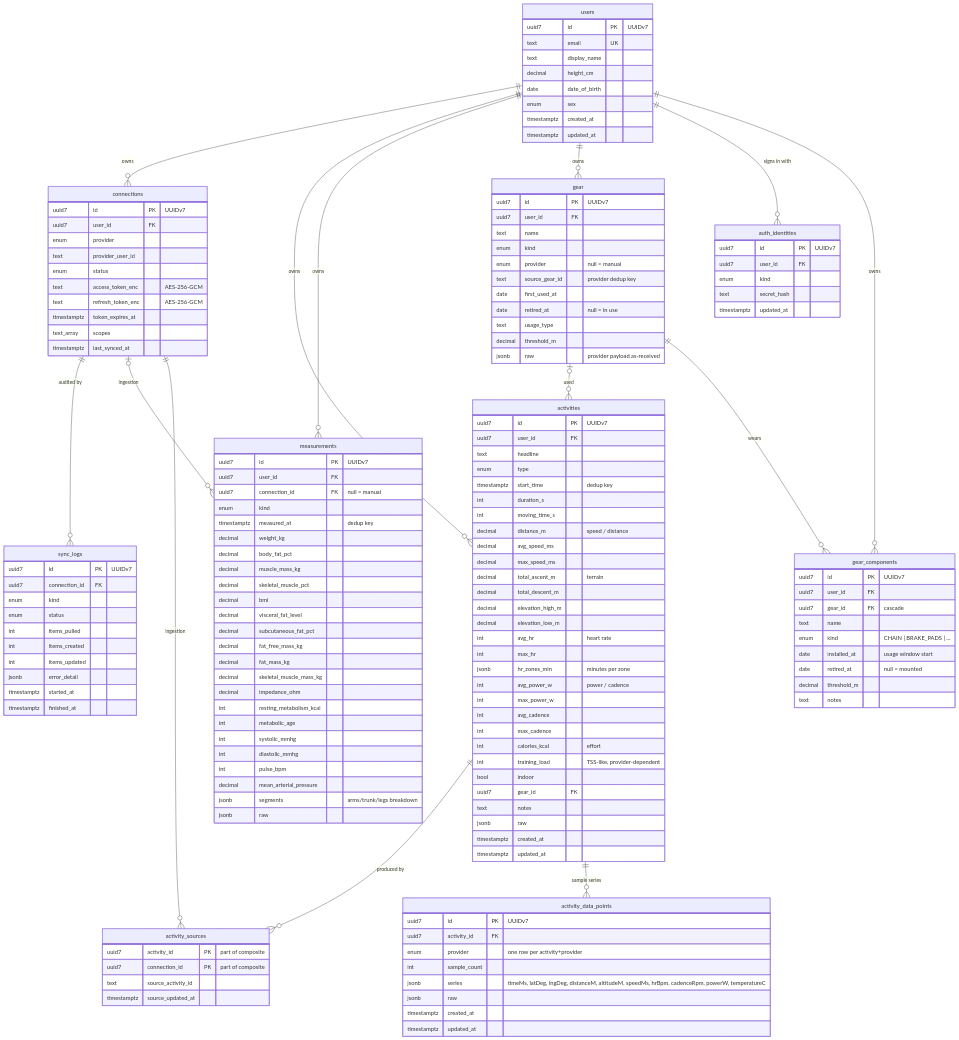
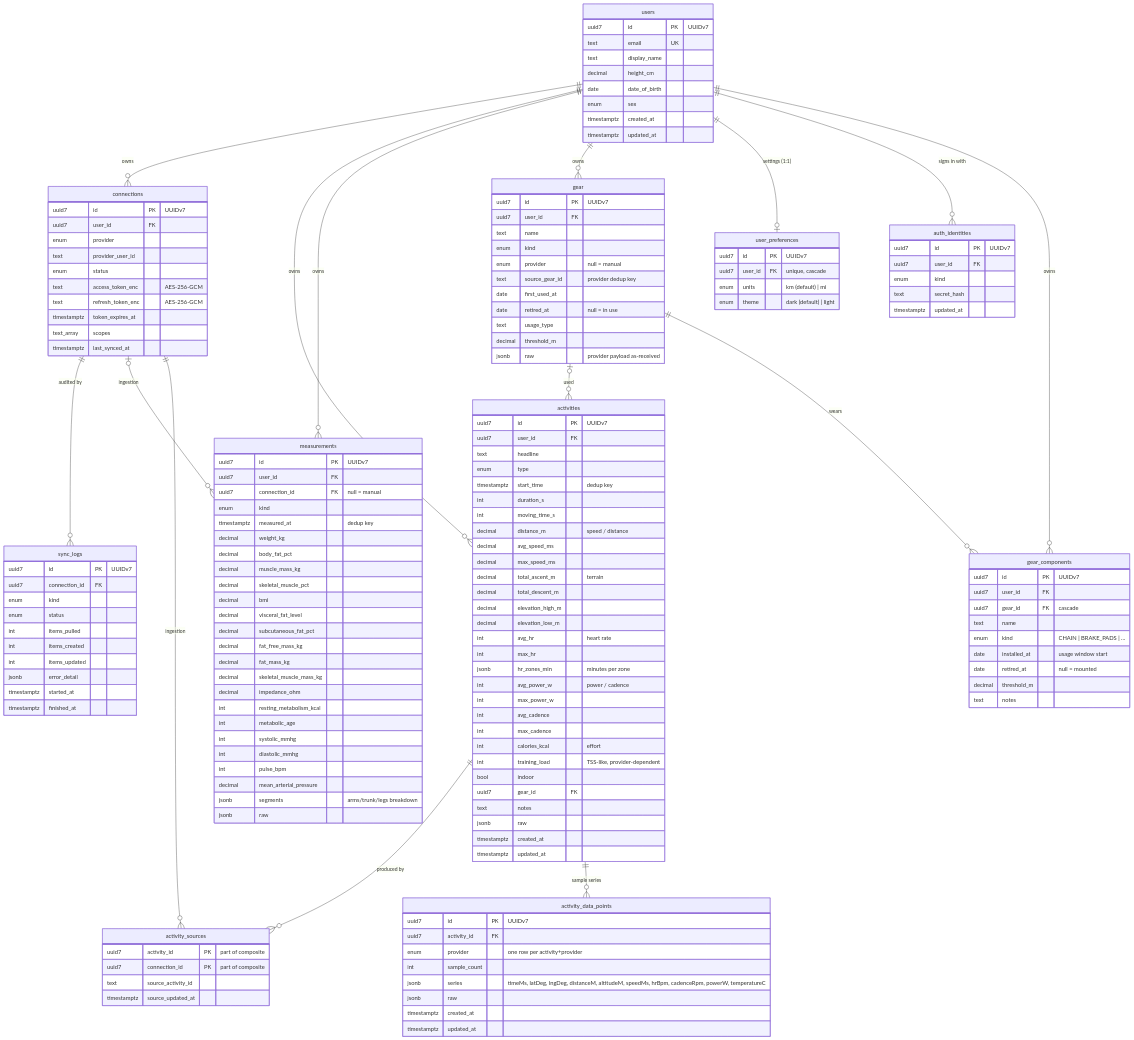
The diagram in docs/db-diagram.md (tzulberti/stridash), drawn with Mermaid before and after one commit. The commit also changed 8 other files, not shown here.

First line of the commit message:
feat: account preferences in the DB — user_preferences, one column per setting

```diff
--- a/docs/db-diagram.md
+++ b/docs/db-diagram.md
@@ -15,6 +15,7 @@
     users ||--o{ activities : owns
     users ||--o{ measurements : owns
     users ||--o{ gear : owns
+    users ||--o| user_preferences : "settings (1:1)"
     users ||--o{ auth_identities : "signs in with"
 
     connections ||--o{ sync_logs : "audited by"
@@ -43,6 +44,12 @@
         enum kind
         text secret_hash
         timestamptz updated_at
+    }
+    user_preferences {
+        uuid7 id PK "UUIDv7"
+        uuid7 user_id FK "unique, cascade"
+        enum units "km (default) | mi"
+        enum theme "dark (default) | light"
     }
     connections {
         uuid7 id PK "UUIDv7"
```
